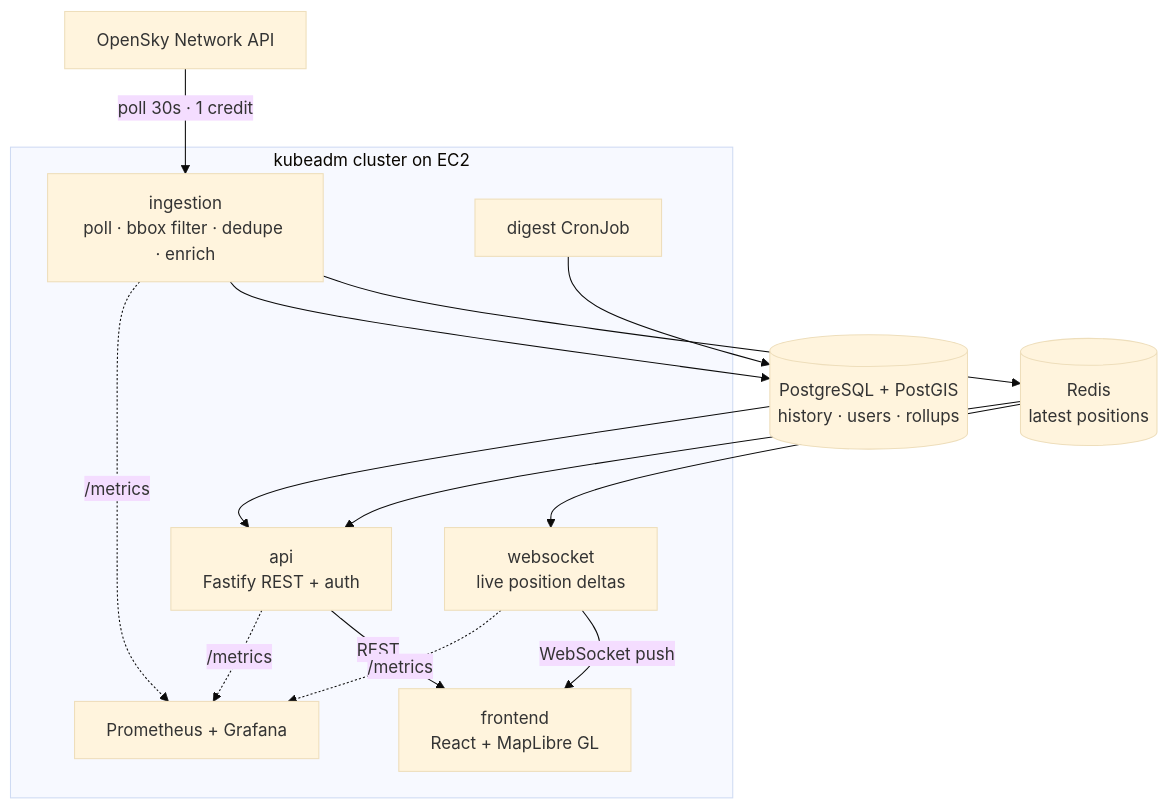
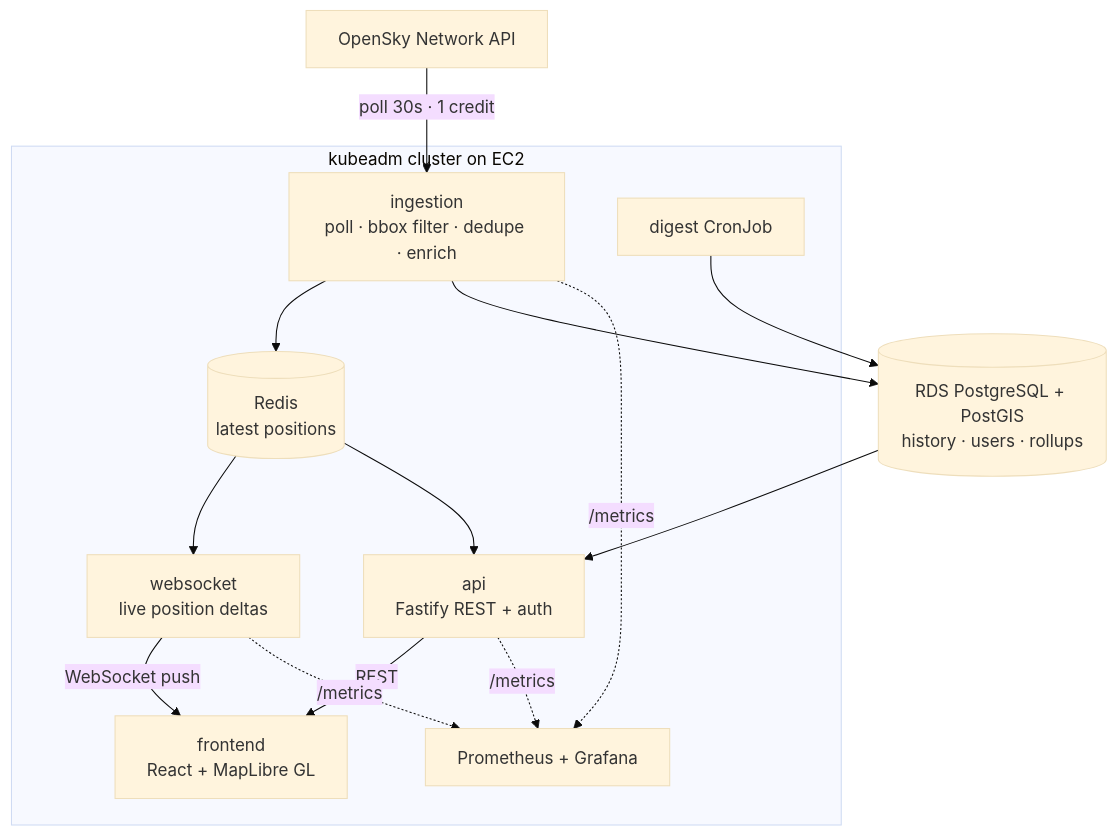
The diagram in README.md (konradkelly/pugetscope), drawn with Mermaid (base theme) before and after one commit. The commit also changed other lines of this file and 1 other file, not shown here.

````diff
--- a/README.md
+++ b/README.md
@@ -49,29 +49,29 @@
 ```mermaid
 flowchart TD
     OS["OpenSky Network API"]
 
     subgraph cluster["kubeadm cluster on EC2"]
         ING["ingestion<br/>poll · bbox filter · dedupe · enrich"]
         API["api<br/>Fastify REST + auth"]
         WS["websocket<br/>live position deltas"]
         FE["frontend<br/>React + MapLibre GL"]
         PROM["Prometheus + Grafana"]
         CRON["digest CronJob"]
+        REDIS[("Redis<br/>latest positions")]
     end
 
-    REDIS[("Redis<br/>latest positions")]
-    PG[("PostgreSQL + PostGIS<br/>history · users · rollups")]
+    PG[("RDS PostgreSQL + PostGIS<br/>history · users · rollups")]
 
     OS -->|"poll 30s · 1 credit"| ING
     ING --> REDIS
     ING --> PG
     REDIS --> WS
     REDIS --> API
     PG --> API
     WS -->|"WebSocket push"| FE
     API -->|"REST"| FE
     CRON --> PG
     ING -.->|"/metrics"| PROM
     API -.->|"/metrics"| PROM
     WS -.->|"/metrics"| PROM
 ```
````
